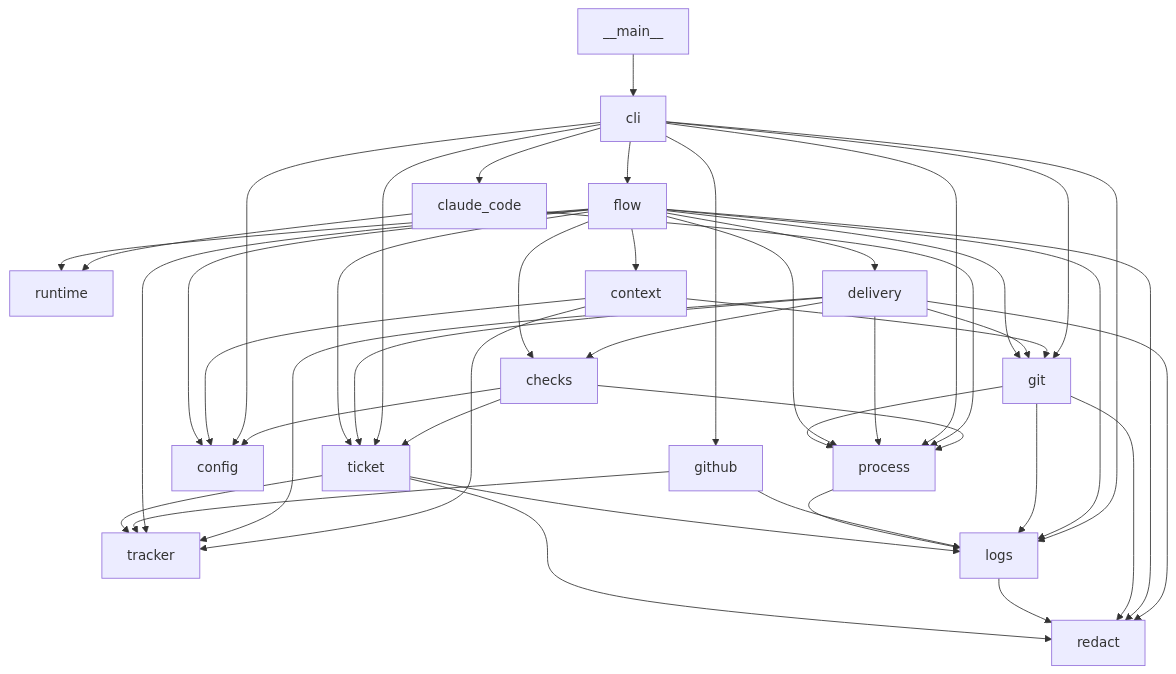
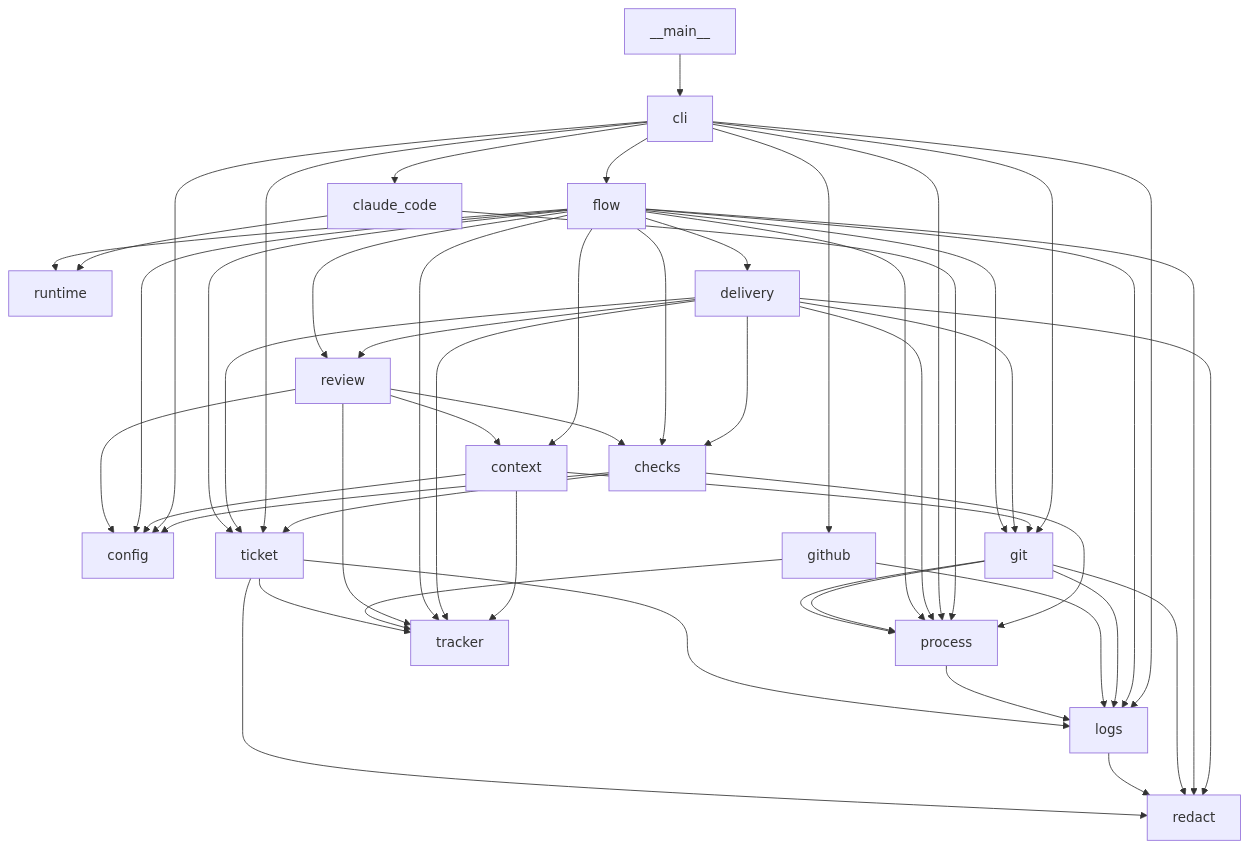
Before and after one commit to plaplanche/ariane: the first of 2 diagrams in docs/architecture/3-components.md, drawn with Mermaid. The commit also changed other lines of this file and 28 other files, not shown here.

````diff
--- a/docs/architecture/3-components.md
+++ b/docs/architecture/3-components.md
@@ -8,47 +8,54 @@
 ```mermaid
 flowchart TD
   __main__ --> cli
   checks --> process
   checks --> config
   checks --> ticket
   claude_code --> process
   claude_code --> runtime
   cli --> config
   cli --> flow
   cli --> git
   cli --> process
   cli --> ticket
   cli --> claude_code
   cli --> github
   context --> git
   context --> config
   context --> tracker
   delivery --> checks
+  delivery --> review
   delivery --> git
   delivery --> process
   delivery --> ticket
   delivery --> redact
   delivery --> tracker
   flow --> checks
   flow --> context
   flow --> git
   flow --> process
   flow --> ticket
   flow --> config
   flow --> delivery
   flow --> redact
+  flow --> review
   flow --> runtime
   flow --> tracker
+  git --> process
+  review --> checks
+  review --> config
+  review --> context
+  review --> tracker
   git --> process
   git --> redact
   github --> tracker
   logs --> redact
   cli --> logs
   flow --> logs
   git --> logs
   github --> logs
   process --> logs
   ticket --> logs
   ticket --> redact
   ticket --> tracker
 ```
````
